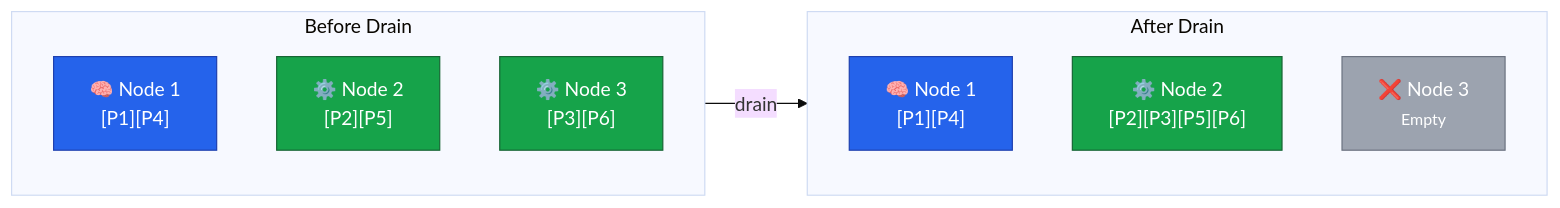
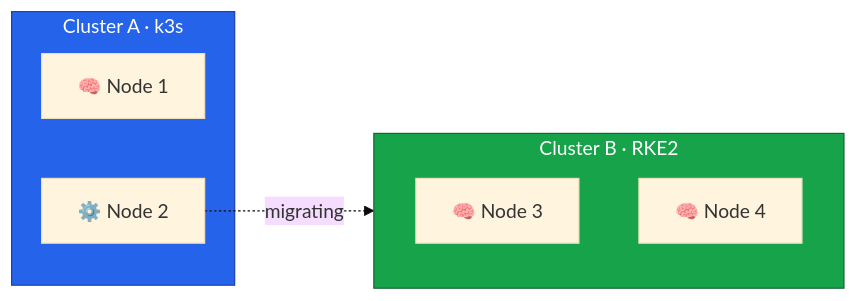
The first of 2 diagrams in guides/migrating-k3s-to-rke2-without-downtime/lesson-12.md (philprime/philprime.dev), drawn with Mermaid (base theme) before and after one commit. The commit also changed other lines of this file and 6 other files, not shown here.

````diff
--- a/guides/migrating-k3s-to-rke2-without-downtime/lesson-12.md
+++ b/guides/migrating-k3s-to-rke2-without-downtime/lesson-12.md
@@ -34,26 +24,20 @@
 ```mermaid!
 flowchart LR
-  subgraph before["Before Drain"]
-    direction TB
-    B1["🧠 Node 1<br/>[P1][P4]"]
-    B2["⚙️ Node 2<br/>[P2][P5]"]
-    B3["⚙️ Node 3<br/>[P3][P6]"]
+  subgraph A["Cluster A · k3s"]
+    A1["🧠 Node 1"]
+    A2["⚙️ Node 2"]
   end
 
-  subgraph after["After Drain"]
-    direction TB
-    A1["🧠 Node 1<br/>[P1][P4]"]
-    A2["⚙️ Node 2<br/>[P2][P3][P5][P6]"]
-    A3["❌ Node 3<br/><small>Empty</small>"]
+  subgraph B["Cluster B · RKE2"]
+    B3["🧠 Node 3"]
+    B4["🧠 Node 4"]
   end
 
-  before -->|"drain"| after
+  A2 -.->|"migrating"| B
 
-  classDef cp fill:#2563eb,color:#fff,stroke:#1e40af
-  classDef worker fill:#16a34a,color:#fff,stroke:#166534
-  classDef drained fill:#9ca3af,color:#fff,stroke:#6b7280
+  classDef clusterA fill:#2563eb,color:#fff,stroke:#1e40af
+  classDef clusterB fill:#16a34a,color:#fff,stroke:#166534
 
-  class B1,A1 cp
-  class B2,B3,A2 worker
-  class A3 drained
+  class A clusterA
+  class B clusterB
 ```
````
